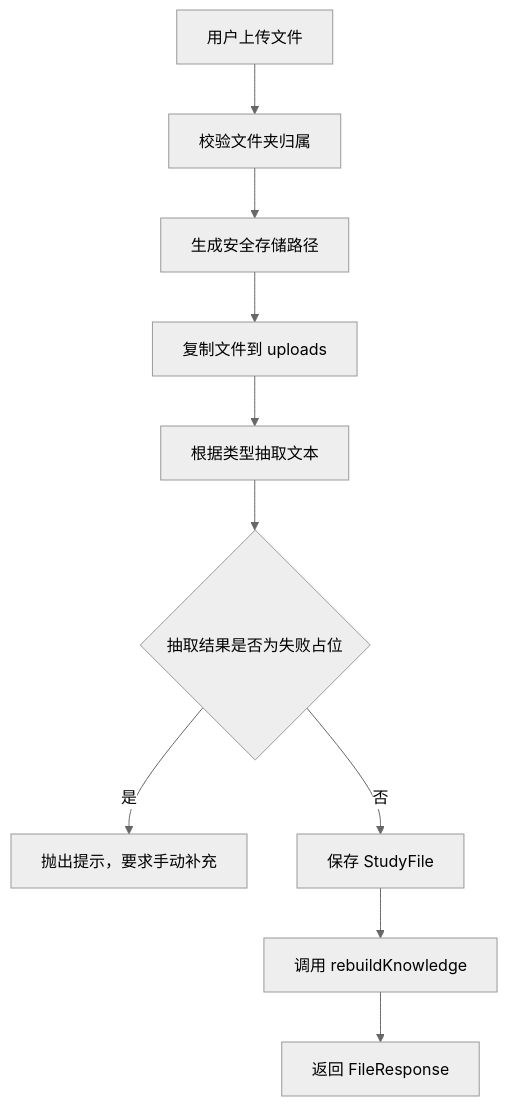
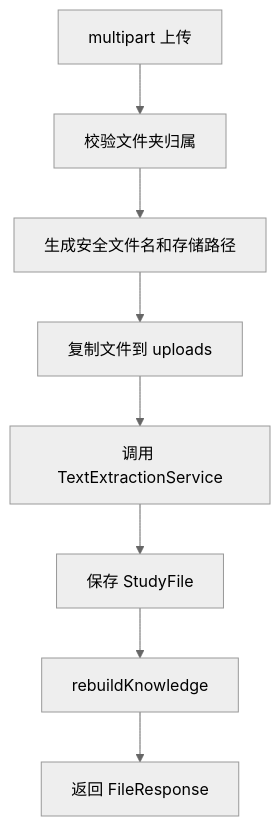
Before and after one commit to LinHonk1128/ips_java: the third of 6 diagrams in docs/05-detailed-design.md, drawn with Mermaid (neutral theme). The commit also changed other lines of this file and 48 other files, not shown here.

````diff
--- a/docs/05-detailed-design.md
+++ b/docs/05-detailed-design.md
@@ -84,12 +100,10 @@
 ```mermaid
 flowchart TD
-    A["用户上传文件"] --> B["校验文件夹归属"]
-    B --> C["生成安全存储路径"]
+    A["multipart 上传"] --> B["校验文件夹归属"]
+    B --> C["生成安全文件名和存储路径"]
     C --> D["复制文件到 uploads"]
-    D --> E["根据类型抽取文本"]
-    E --> F{"抽取结果是否为失败占位"}
-    F -- "是" --> G["抛出提示，要求手动补充"]
-    F -- "否" --> H["保存 StudyFile"]
-    H --> I["调用 rebuildKnowledge"]
-    I --> J["返回 FileResponse"]
+    D --> E["调用 TextExtractionService"]
+    E --> F["保存 StudyFile"]
+    F --> G["rebuildKnowledge"]
+    G --> H["返回 FileResponse"]
 ```
````
